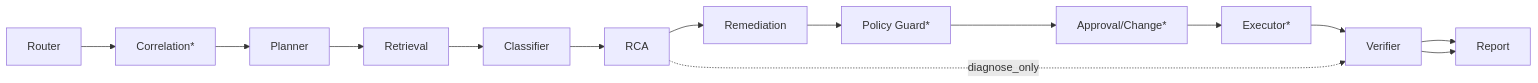
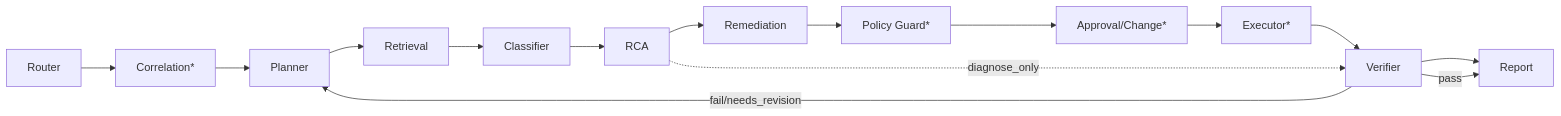
Before and after one commit to cloud-team2/bifrost: the second of 3 diagrams in docs/design/backend-fastapi/overview.md, drawn with Mermaid. The commit also changed other lines of this file and 6 other files, not shown here.

````diff
--- a/docs/design/backend-fastapi/overview.md
+++ b/docs/design/backend-fastapi/overview.md
@@ -48,7 +48,8 @@
 ```mermaid
 flowchart LR
     R[Router] --> Co[Correlation*] --> P[Planner] --> Re[Retrieval] --> C[Classifier] --> RCA
     RCA --> Rem[Remediation] --> PG[Policy Guard*] --> AG[Approval/Change*] --> Ex[Executor*] --> V[Verifier] --> Rep[Report]
     RCA -.diagnose_only.-> V
-    V --> Rep
+    V -->|pass| Rep
+    V -->|fail/needs_revision| P
 ```
````
